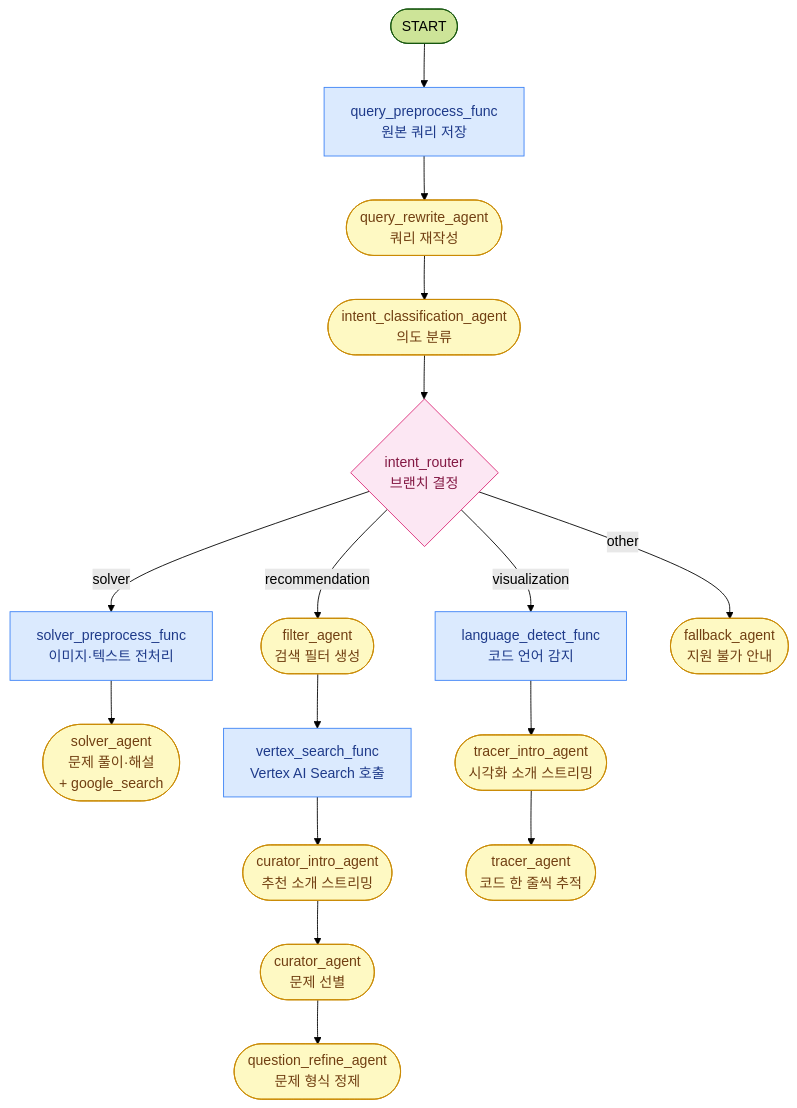
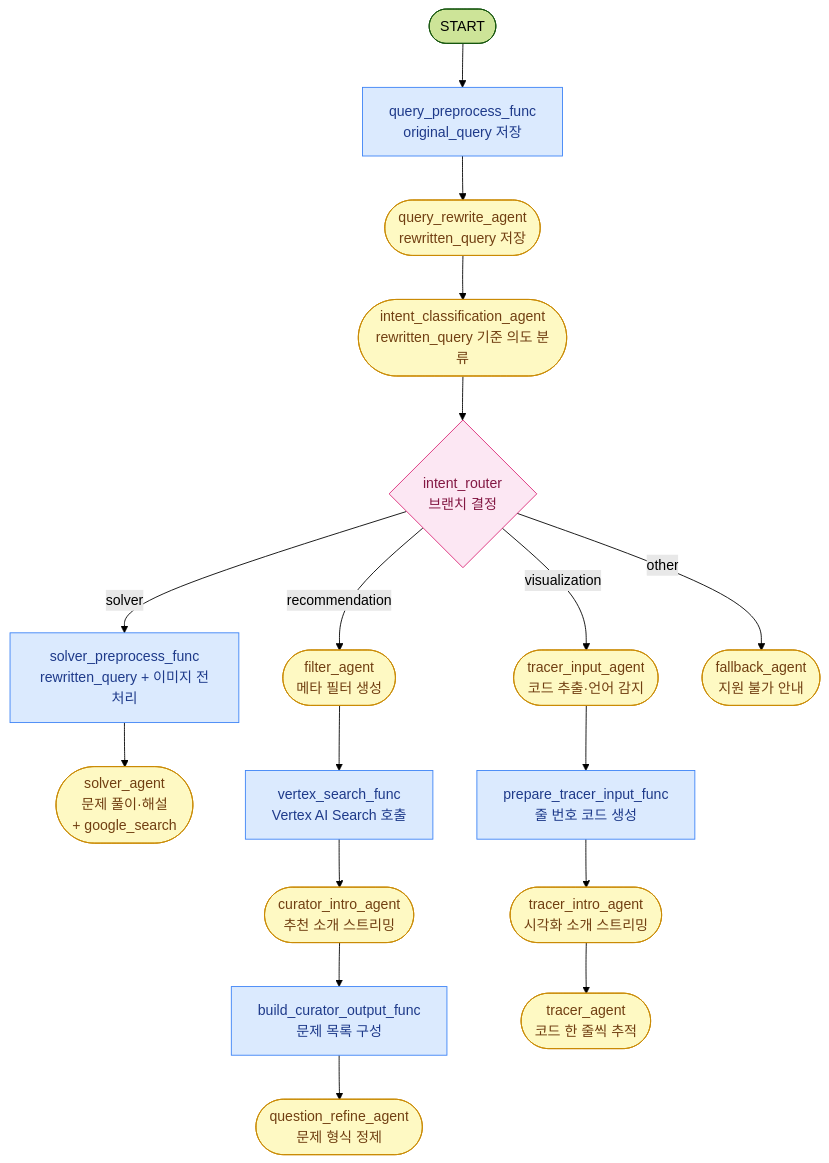
One commit to JangJiWon0108/smart-learning-platform-backend changed the second of 2 diagrams in docs/README.md. Above: the diagram before and after it, drawn with Mermaid (forest theme). The commit also changed other lines of this file and 47 other files, not shown here.

````diff
--- a/docs/README.md
+++ b/docs/README.md
@@ -233,35 +242,36 @@
 ```mermaid
 flowchart TD
     classDef fn    fill:#dbeafe,stroke:#3b82f6,color:#1e3a8a
     classDef llm   fill:#fef9c3,stroke:#ca8a04,color:#713f12
     classDef rt    fill:#fce7f3,stroke:#db2777,color:#831843
 
     START(["START"])
 
-    QP["query_preprocess_func<br/>원본 쿼리 저장"]:::fn
-    QR(["query_rewrite_agent<br/>쿼리 재작성"]):::llm
-    IC(["intent_classification_agent<br/>의도 분류"]):::llm
+    QP["query_preprocess_func<br/>original_query 저장"]:::fn
+    QR(["query_rewrite_agent<br/>rewritten_query 저장"]):::llm
+    IC(["intent_classification_agent<br/>rewritten_query 기준 의도 분류"]):::llm
     IR{"intent_router<br/>브랜치 결정"}:::rt
 
-    SP["solver_preprocess_func<br/>이미지·텍스트 전처리"]:::fn
+    SP["solver_preprocess_func<br/>rewritten_query + 이미지 전처리"]:::fn
     SA(["solver_agent<br/>문제 풀이·해설<br/>+ google_search"]):::llm
 
-    FA(["filter_agent<br/>검색 필터 생성"]):::llm
+    FA(["filter_agent<br/>메타 필터 생성"]):::llm
     VS["vertex_search_func<br/>Vertex AI Search 호출"]:::fn
     CI(["curator_intro_agent<br/>추천 소개 스트리밍"]):::llm
-    CA(["curator_agent<br/>문제 선별"]):::llm
+    CA["build_curator_output_func<br/>문제 목록 구성"]:::fn
     QRA(["question_refine_agent<br/>문제 형식 정제"]):::llm
 
-    LD["language_detect_func<br/>코드 언어 감지"]:::fn
+    TIA(["tracer_input_agent<br/>코드 추출·언어 감지"]):::llm
+    PTI["prepare_tracer_input_func<br/>줄 번호 코드 생성"]:::fn
     TI(["tracer_intro_agent<br/>시각화 소개 스트리밍"]):::llm
     TA(["tracer_agent<br/>코드 한 줄씩 추적"]):::llm
 
     FB(["fallback_agent<br/>지원 불가 안내"]):::llm
 
     START --> QP --> QR --> IC --> IR
 
     IR -->|solver| SP --> SA
     IR -->|recommendation| FA --> VS --> CI --> CA --> QRA
-    IR -->|visualization| LD --> TI --> TA
+    IR -->|visualization| TIA --> PTI --> TI --> TA
     IR -->|other| FB
 ```
````
